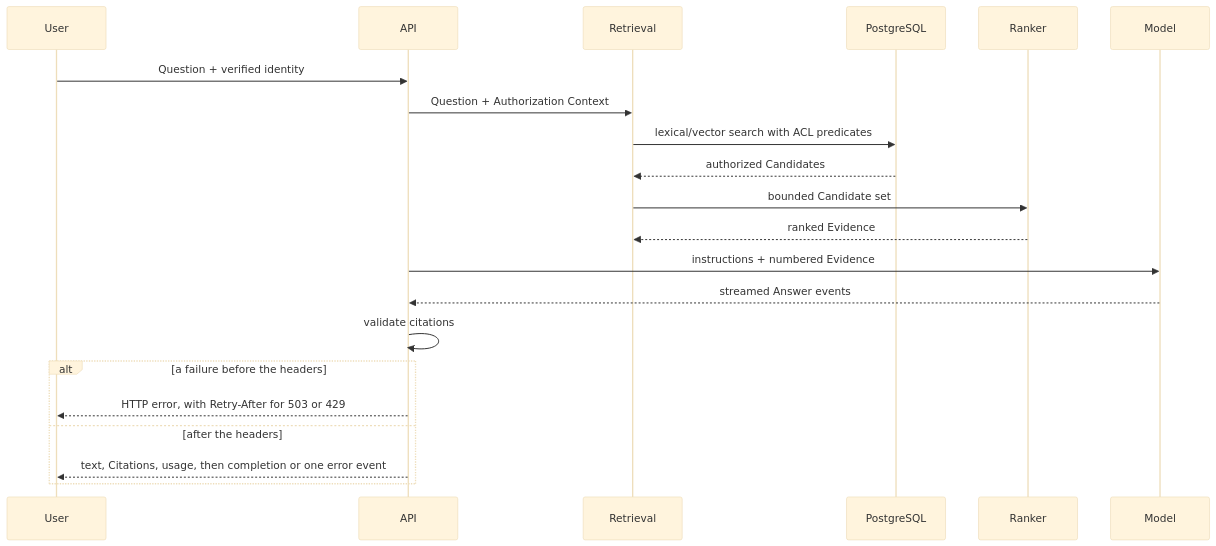
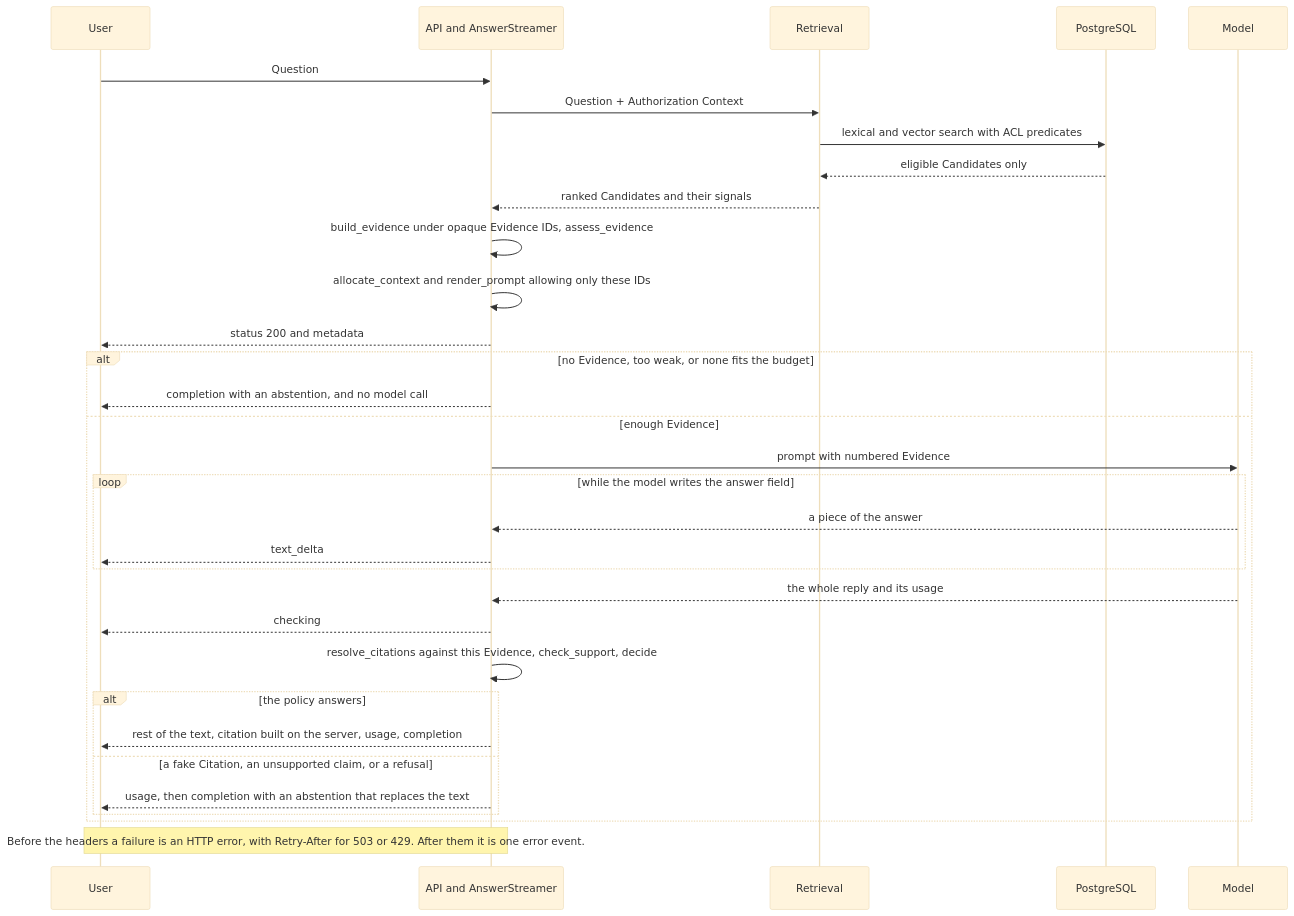
The tenth of 10 diagrams in docs/architecture.md (ivanverenich/knowledge-service), drawn with Mermaid (base theme) before and after one commit. The commit also changed other lines of this file and 12 other files, not shown here.

First line of the commit message:
feat: introduce `checking` event in event stream protocol

````diff
--- a/docs/architecture.md
+++ b/docs/architecture.md
@@ -380,23 +385,34 @@
 ```mermaid
 sequenceDiagram
     participant User
-    participant API
+    participant API as API and AnswerStreamer
     participant Retrieval
     participant DB as PostgreSQL
-    participant Ranker
     participant Model
-    User->>API: Question + verified identity
+    User->>API: Question
     API->>Retrieval: Question + Authorization Context
-    Retrieval->>DB: lexical/vector search with ACL predicates
-    DB-->>Retrieval: authorized Candidates
-    Retrieval->>Ranker: bounded Candidate set
-    Ranker-->>Retrieval: ranked Evidence
-    API->>Model: instructions + numbered Evidence
-    Model-->>API: streamed Answer events
-    API->>API: validate citations
-    alt a failure before the headers
-        API-->>User: HTTP error, with Retry-After for 503 or 429
-    else after the headers
-        API-->>User: text, Citations, usage, then completion or one error event
+    Retrieval->>DB: lexical and vector search with ACL predicates
+    DB-->>Retrieval: eligible Candidates only
+    Retrieval-->>API: ranked Candidates and their signals
+    API->>API: build_evidence under opaque Evidence IDs, assess_evidence
+    API->>API: allocate_context and render_prompt allowing only these IDs
+    API-->>User: status 200 and metadata
+    alt no Evidence, too weak, or none fits the budget
+        API-->>User: completion with an abstention, and no model call
+    else enough Evidence
+        API->>Model: prompt with numbered Evidence
+        loop while the model writes the answer field
+            Model-->>API: a piece of the answer
+            API-->>User: text_delta
+        end
+        Model-->>API: the whole reply and its usage
+        API-->>User: checking
+        API->>API: resolve_citations against this Evidence, check_support, decide
+        alt the policy answers
+            API-->>User: rest of the text, citation built on the server, usage, completion
+        else a fake Citation, an unsupported claim, or a refusal
+            API-->>User: usage, then completion with an abstention that replaces the text
+        end
     end
+    Note over API,User: Before the headers a failure is an HTTP error, with Retry-After for 503 or 429. After them it is one error event.
 ```
````
